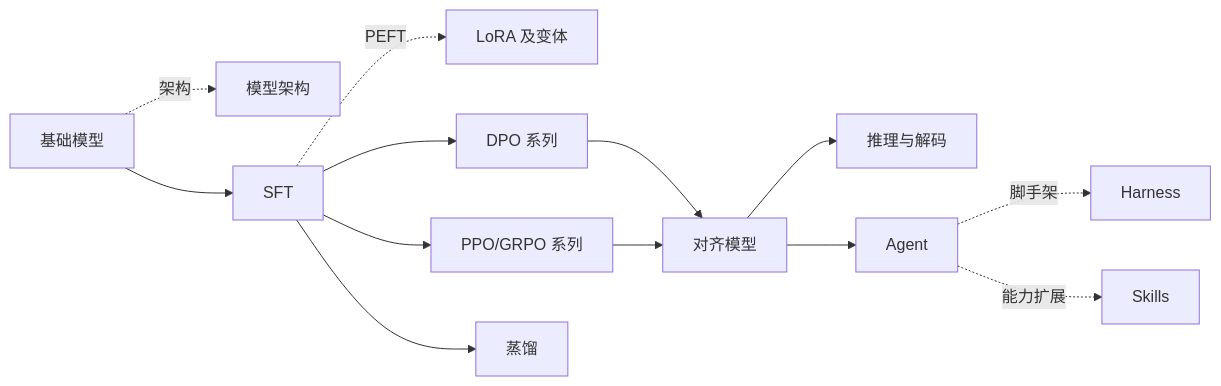
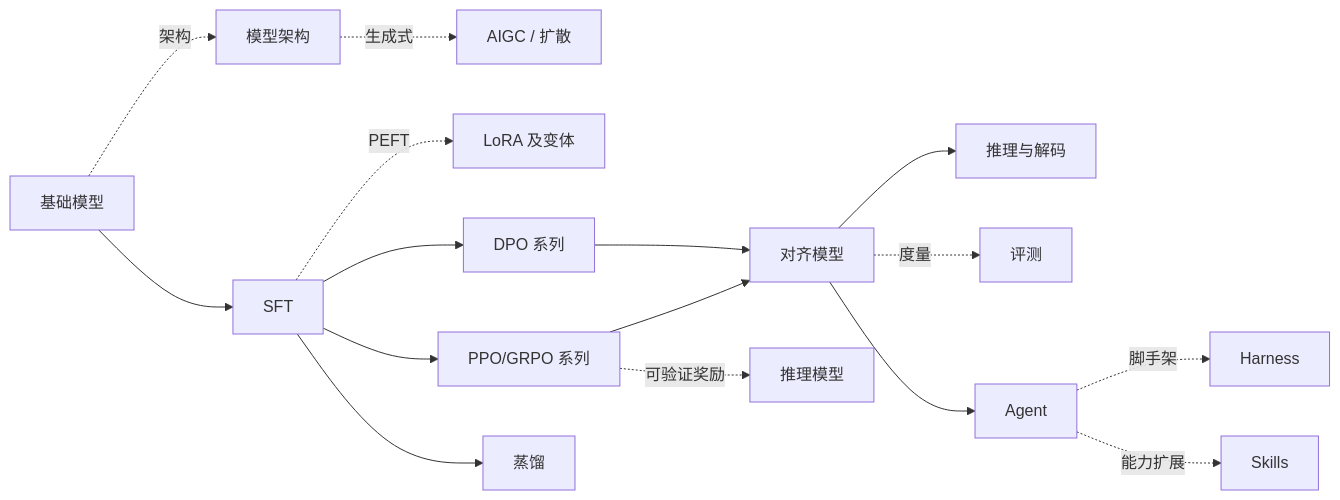
The diagram in docs/index.md (zhoujx4/llm-atlas), drawn with Mermaid before and after one commit. The commit also changed other lines of this file and 23 other files, not shown here.

First line of the commit message:
feat: 新增 Scaling Laws、AIGC、推理模型、训练系统、评测 五块内容

````diff
--- a/docs/index.md
+++ b/docs/index.md
@@ -9,15 +9,18 @@
 ```mermaid
 flowchart LR
     BM[基础模型] -.架构.-> ARCH[模型架构]
+    ARCH -.生成式.-> AIGC[AIGC / 扩散]
     BM --> SFT[SFT]
     SFT -.PEFT.-> LORA[LoRA 及变体]
     SFT --> PO[DPO 系列]
     SFT --> RL[PPO/GRPO 系列]
     SFT --> DST[蒸馏]
     PO --> A[对齐模型]
     RL --> A
+    RL -.可验证奖励.-> RSN[推理模型]
     A --> INF[推理与解码]
+    A -.度量.-> EVAL[评测]
     A --> AG[Agent]
     AG -.脚手架.-> HN[Harness]
     AG -.能力扩展.-> SK[Skills]
 ```
````
